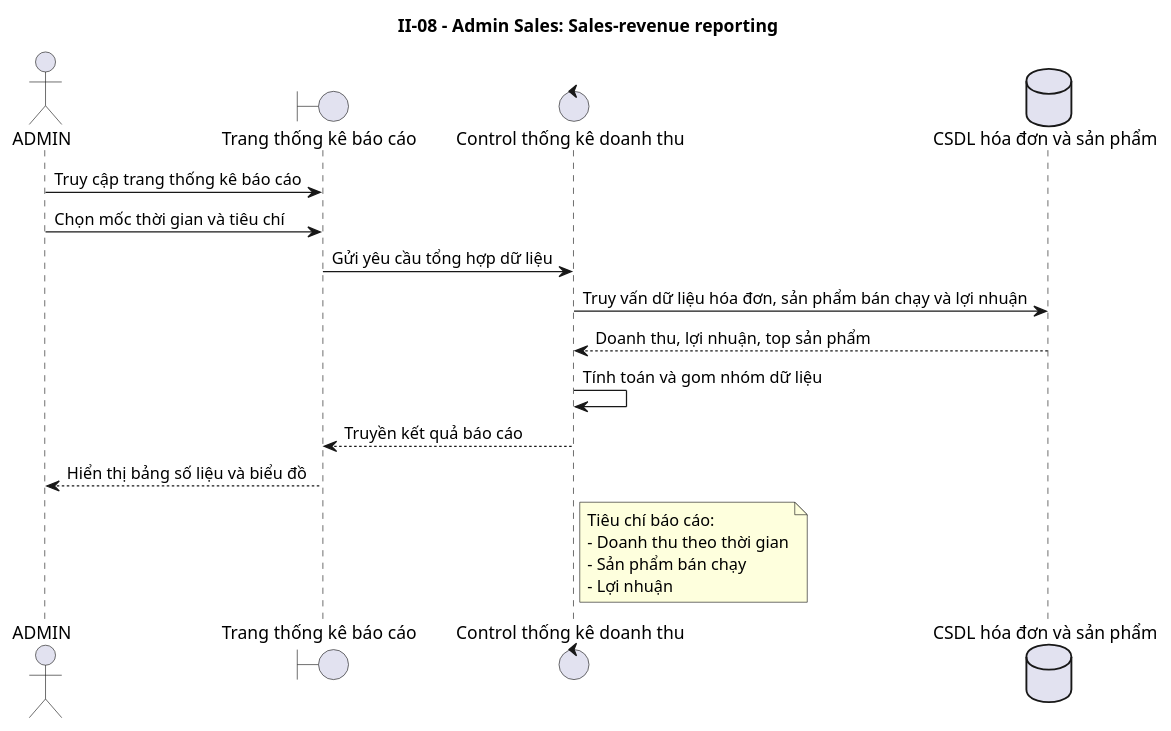
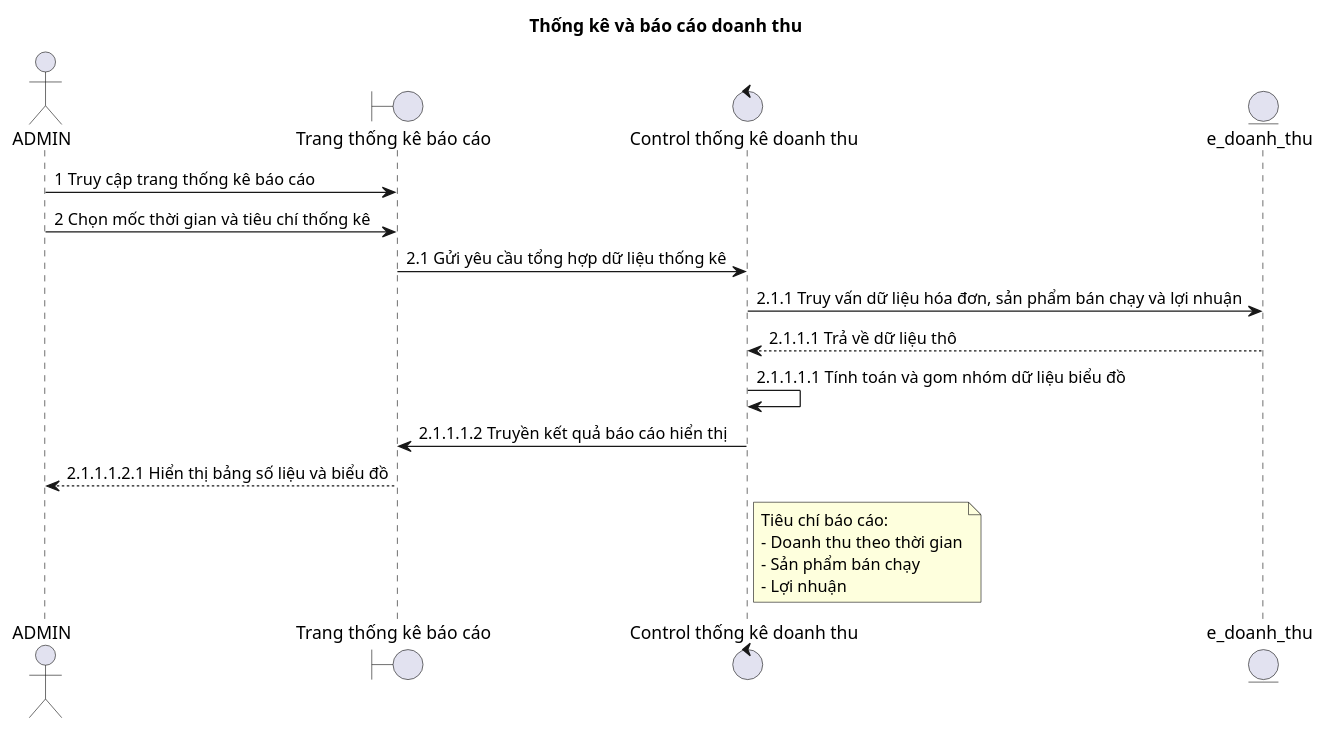
The diagram in docs/diagrams/sequence/thống kê và báo cáo doanh thu/sales-revenue-reporting.puml (duygri/do-an-htttdn-crm), drawn with PlantUML before and after one commit. The commit also changed 9 other files, not shown here.

Commit message:
docs: align PlantUML BCE notation

```diff
--- a/docs/diagrams/sequence/thống kê và báo cáo doanh thu/sales-revenue-reporting.puml
+++ b/docs/diagrams/sequence/thống kê và báo cáo doanh thu/sales-revenue-reporting.puml
@@ -1,24 +1,24 @@
 @startuml
-title II-08 - Admin Sales: Sales-revenue reporting
+title Thống kê và báo cáo doanh thu
 
 actor ADMIN as Admin
-boundary "Trang thống kê báo cáo" as UI
-control "Control thống kê doanh thu" as Controller
-database "CSDL hóa đơn và sản phẩm" as DB
+boundary "Trang thống kê báo cáo" as Boundary
+control "Control thống kê doanh thu" as Control
+entity "e_doanh_thu" as Entity
 
-Admin -> UI: Truy cập trang thống kê báo cáo
-Admin -> UI: Chọn mốc thời gian và tiêu chí
-UI -> Controller: Gửi yêu cầu tổng hợp dữ liệu
-Controller -> DB: Truy vấn dữ liệu hóa đơn, sản phẩm bán chạy và lợi nhuận
-DB --> Controller: Doanh thu, lợi nhuận, top sản phẩm
-Controller -> Controller: Tính toán và gom nhóm dữ liệu
-Controller --> UI: Truyền kết quả báo cáo
-UI --> Admin: Hiển thị bảng số liệu và biểu đồ
+Admin -> Boundary: 1 Truy cập trang thống kê báo cáo
+Admin -> Boundary: 2 Chọn mốc thời gian và tiêu chí thống kê
+Boundary -> Control: 2.1 Gửi yêu cầu tổng hợp dữ liệu thống kê
+Control -> Entity: 2.1.1 Truy vấn dữ liệu hóa đơn, sản phẩm bán chạy và lợi nhuận
+Entity --> Control: 2.1.1.1 Trả về dữ liệu thô
+Control -> Control: 2.1.1.1.1 Tính toán và gom nhóm dữ liệu biểu đồ
+Control -> Boundary: 2.1.1.1.2 Truyền kết quả báo cáo hiển thị
+Boundary --> Admin: 2.1.1.1.2.1 Hiển thị bảng số liệu và biểu đồ
 
-note right of Controller
+note right of Control
   Tiêu chí báo cáo:
   - Doanh thu theo thời gian
   - Sản phẩm bán chạy
   - Lợi nhuận
 end note
 @enduml
```
